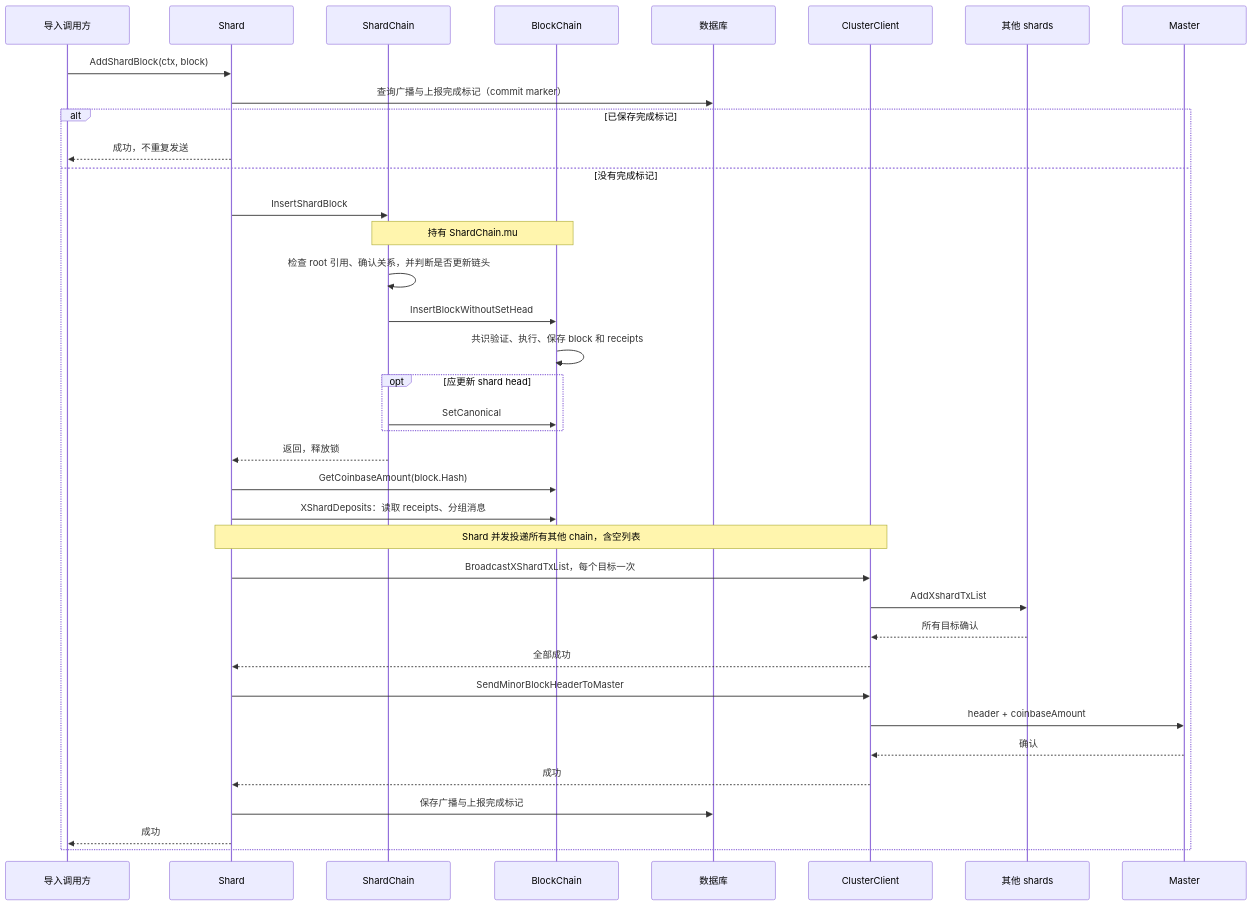
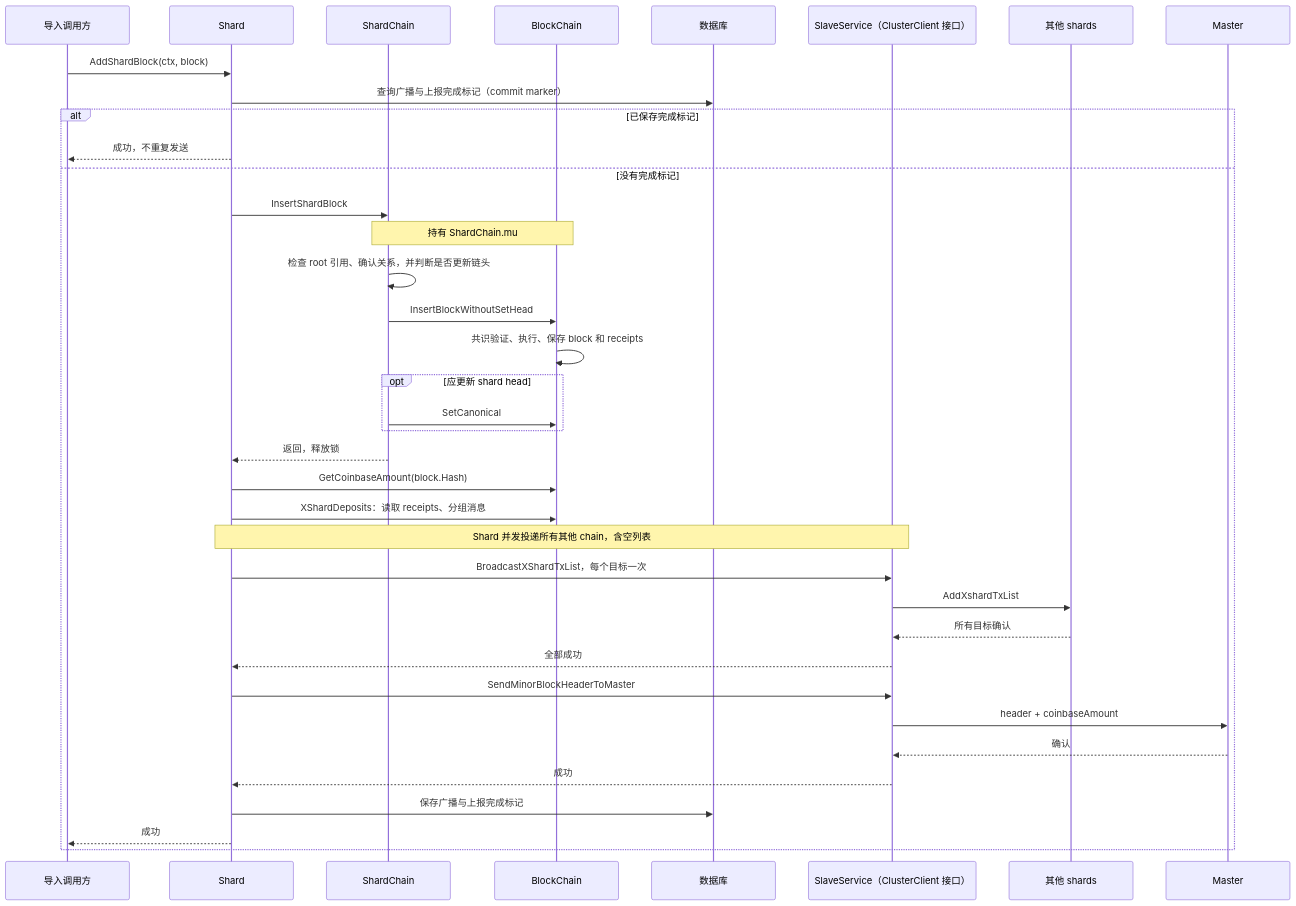
One commit to QuarkChain/modernized-qkc changed the fifth of 6 diagrams in docs/shard-ethereum-integration-design.md. Above: the diagram before and after it, drawn with Mermaid. The commit also changed other lines of this file and 3 other files, not shown here.

````diff
--- a/docs/shard-ethereum-integration-design.md
+++ b/docs/shard-ethereum-integration-design.md
@@ -301,46 +328,46 @@
 ```mermaid
 ---
 config:
   sequence:
     width: 210
     actorMargin: 56
     messageMargin: 22
 ---
 sequenceDiagram
     participant C as 导入调用方
     participant S as Shard
     participant SC as ShardChain
     participant BC as BlockChain
     participant DB as 数据库
-    participant CL as ClusterClient
+    participant CL as SlaveService（ClusterClient 接口）
     participant O as 其他 shards
     participant M as Master
     C->>S: AddShardBlock(ctx, block)
     S->>DB: 查询广播与上报完成标记（commit marker）
     alt 已保存完成标记
         S-->>C: 成功，不重复发送
     else 没有完成标记
         S->>SC: InsertShardBlock
         Note over SC,BC: 持有 ShardChain.mu
         SC->>SC: 检查 root 引用、确认关系，并判断是否更新链头
         SC->>BC: InsertBlockWithoutSetHead
         BC->>BC: 共识验证、执行、保存 block 和 receipts
         opt 应更新 shard head
             SC->>BC: SetCanonical
         end
         SC-->>S: 返回，释放锁
         S->>BC: GetCoinbaseAmount(block.Hash)
         S->>BC: XShardDeposits：读取 receipts、分组消息
         Note over S,CL: Shard 并发投递所有其他 chain，含空列表
         S->>CL: BroadcastXShardTxList，每个目标一次
         CL->>O: AddXshardTxList
         O-->>CL: 所有目标确认
         CL-->>S: 全部成功
         S->>CL: SendMinorBlockHeaderToMaster
         CL->>M: header + coinbaseAmount
         M-->>CL: 确认
         CL-->>S: 成功
         S->>DB: 保存广播与上报完成标记
         S-->>C: 成功
     end
 ```
````
